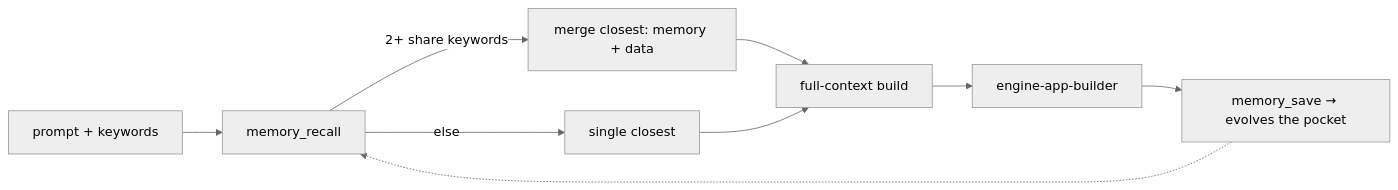
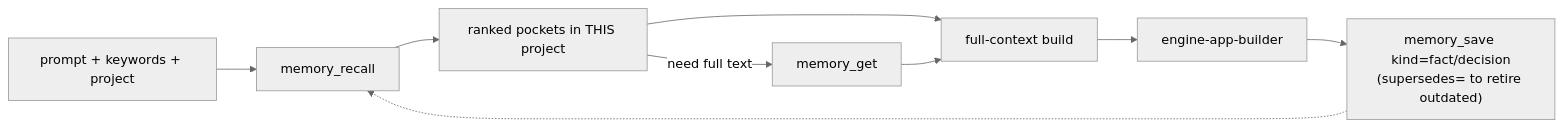
One commit to MoblyJ/engine-ai changed the third of 5 diagrams in README.md. Above: the diagram before and after it, drawn with Mermaid (neutral theme). The commit also changed other lines of this file and 62 other files, not shown here.

````diff
--- a/README.md
+++ b/README.md
@@ -315,11 +322,11 @@
 ```mermaid
 flowchart LR
-  P["prompt + keywords"] --> R[memory_recall]
-  R -->|2+ share keywords| M[merge closest: memory + data]
-  R -->|else| S[single closest]
-  M --> C[full-context build]
-  S --> C
+  P["prompt + keywords + project"] --> R[memory_recall]
+  R --> S[ranked pockets in THIS project]
+  S -->|need full text| G[memory_get]
+  S --> C[full-context build]
+  G --> C
   C --> B[engine-app-builder]
-  B --> W[memory_save → evolves the pocket]
+  B --> W["memory_save kind=fact/decision<br/>(supersedes= to retire outdated)"]
   W -.-> R
 ```
````
